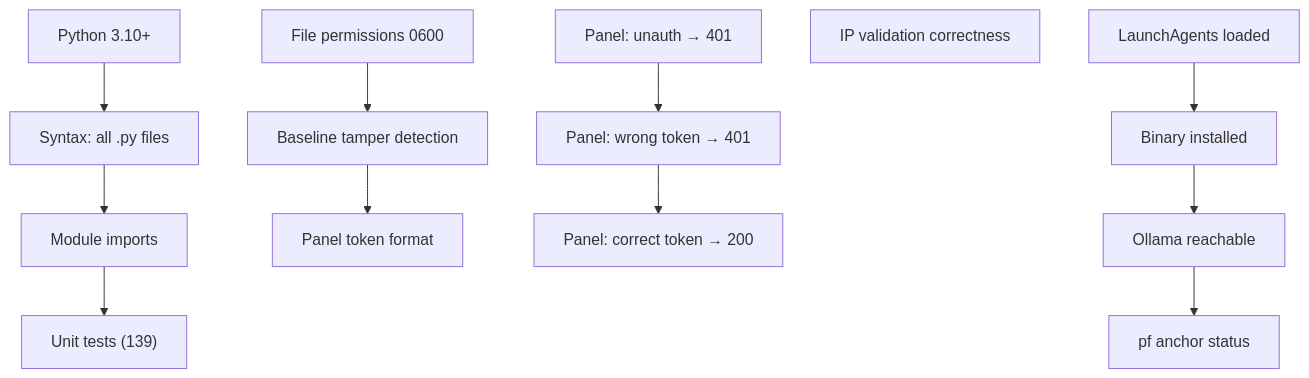
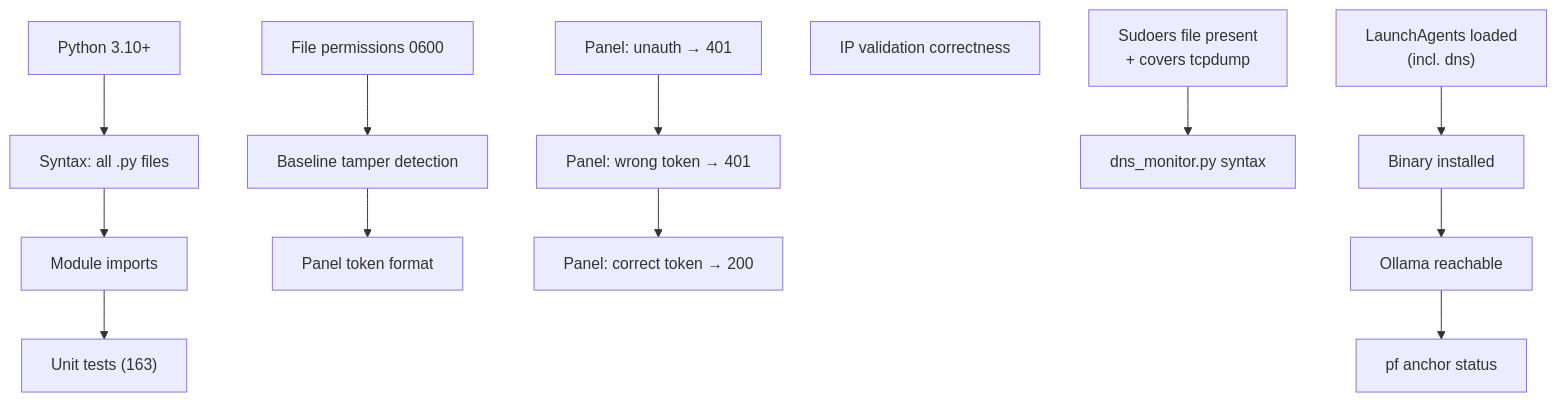
One commit to Algiras/netmon changed the diagram in docs/verify.md. Above: the diagram before and after it, drawn with Mermaid. The commit also changed other lines of this file and 7 other files, not shown here.

````diff
--- a/docs/verify.md
+++ b/docs/verify.md
@@ -13,24 +13,27 @@
 ```mermaid
 flowchart TD
     PY["Python 3.10+"]
     SYN["Syntax: all .py files"]
     IMP["Module imports"]
-    UT["Unit tests (139)"]
+    UT["Unit tests (163)"]
     PERM["File permissions 0600"]
     TAMP["Baseline tamper detection"]
     TOK["Panel token format"]
     AUTH1["Panel: unauth → 401"]
     AUTH2["Panel: wrong token → 401"]
     AUTH3["Panel: correct token → 200"]
     IPVAL["IP validation correctness"]
-    LA["LaunchAgents loaded"]
+    SUDO["Sudoers file present\n+ covers tcpdump"]
+    DNS_SYN["dns_monitor.py syntax"]
+    LA["LaunchAgents loaded\n(incl. dns)"]
     BIN["Binary installed"]
     OLL["Ollama reachable"]
     PF["pf anchor status"]
 
     PY --> SYN --> IMP --> UT
     PERM --> TAMP --> TOK
     AUTH1 --> AUTH2 --> AUTH3
     IPVAL
+    SUDO --> DNS_SYN
     LA --> BIN --> OLL --> PF
 ```
````
